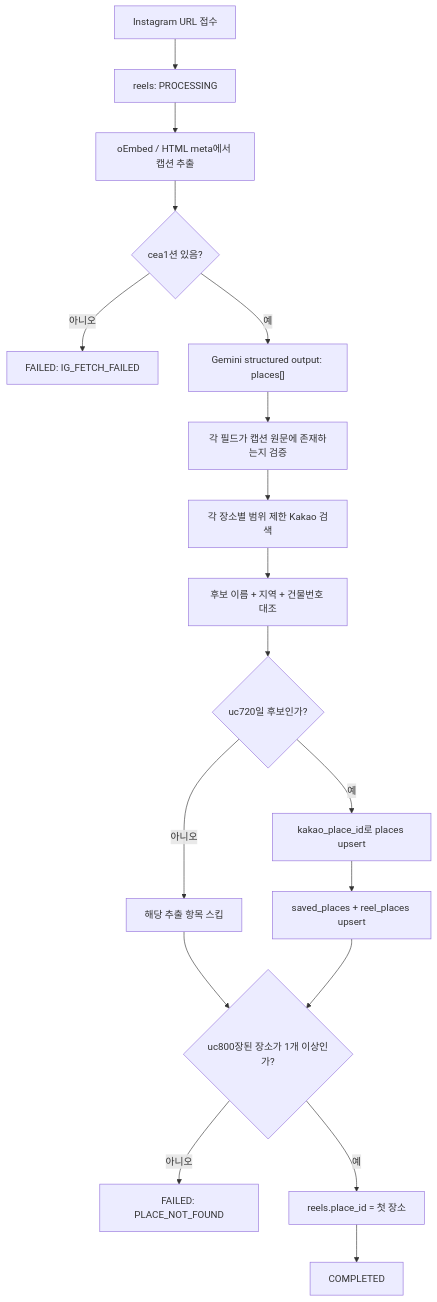
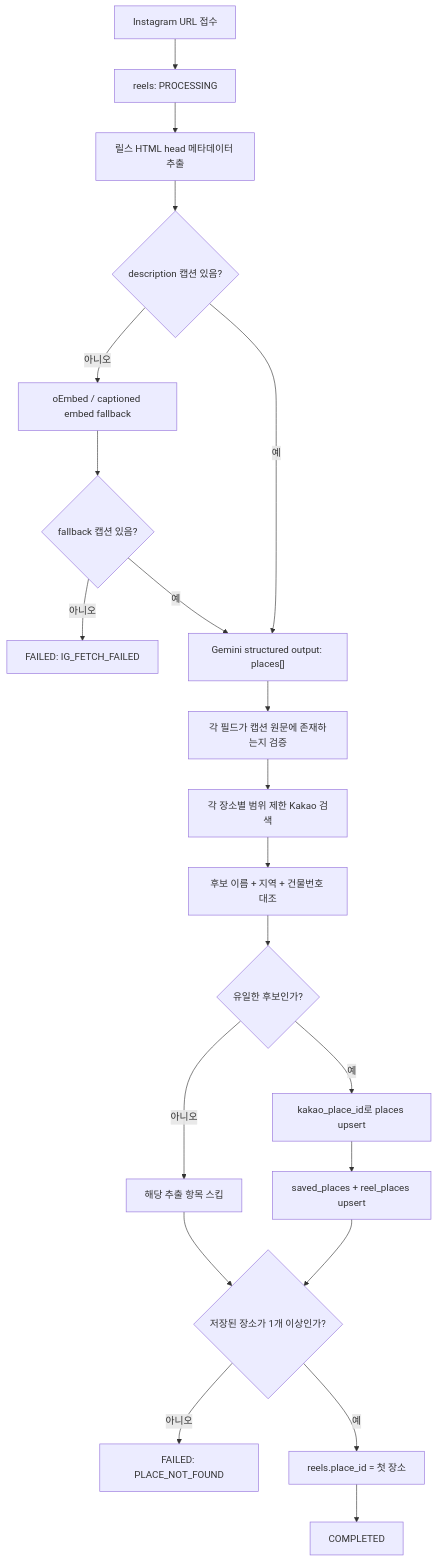
The first of 2 diagrams in docs/mvp-place-matching-release-report.md (Jiihyun/yeogidam), drawn with Mermaid before and after one commit. The commit also changed other lines of this file and 5 other files, not shown here.

````diff
--- a/docs/mvp-place-matching-release-report.md
+++ b/docs/mvp-place-matching-release-report.md
@@ -38,20 +39,23 @@
 ```mermaid
 flowchart TD
     A["Instagram URL 접수"] --> B["reels: PROCESSING"]
-    B --> C["oEmbed / HTML meta에서 캡션 추출"]
-    C --> D{"cea1션 있음?"}
-    D -- "아니오" --> X["FAILED: IG_FETCH_FAILED"]
-    D -- "예" --> E["Gemini structured output: places[]"]
+    B --> C["릴스 HTML head 메타데이터 추출"]
+    C --> D{"description 캡션 있음?"}
+    D -- "아니오" --> C2["oEmbed / captioned embed fallback"]
+    C2 --> D2{"fallback 캡션 있음?"}
+    D2 -- "아니오" --> X["FAILED: IG_FETCH_FAILED"]
+    D2 -- "예" --> E["Gemini structured output: places[]"]
+    D -- "예" --> E
     E --> F["각 필드가 캡션 원문에 존재하는지 검증"]
     F --> G["각 장소별 범위 제한 Kakao 검색"]
     G --> H["후보 이름 + 지역 + 건물번호 대조"]
-    H --> I{"uc720일 후보인가?"}
+    H --> I{"유일한 후보인가?"}
     I -- "아니오" --> J["해당 추출 항목 스킵"]
     I -- "예" --> K["kakao_place_id로 places upsert"]
     K --> L["saved_places + reel_places upsert"]
-    J --> M{"uc800장된 장소가 1개 이상인가?"}
+    J --> M{"저장된 장소가 1개 이상인가?"}
     L --> M
     M -- "아니오" --> Y["FAILED: PLACE_NOT_FOUND"]
     M -- "예" --> N["reels.place_id = 첫 장소"]
     N --> O["COMPLETED"]
 ```
````
